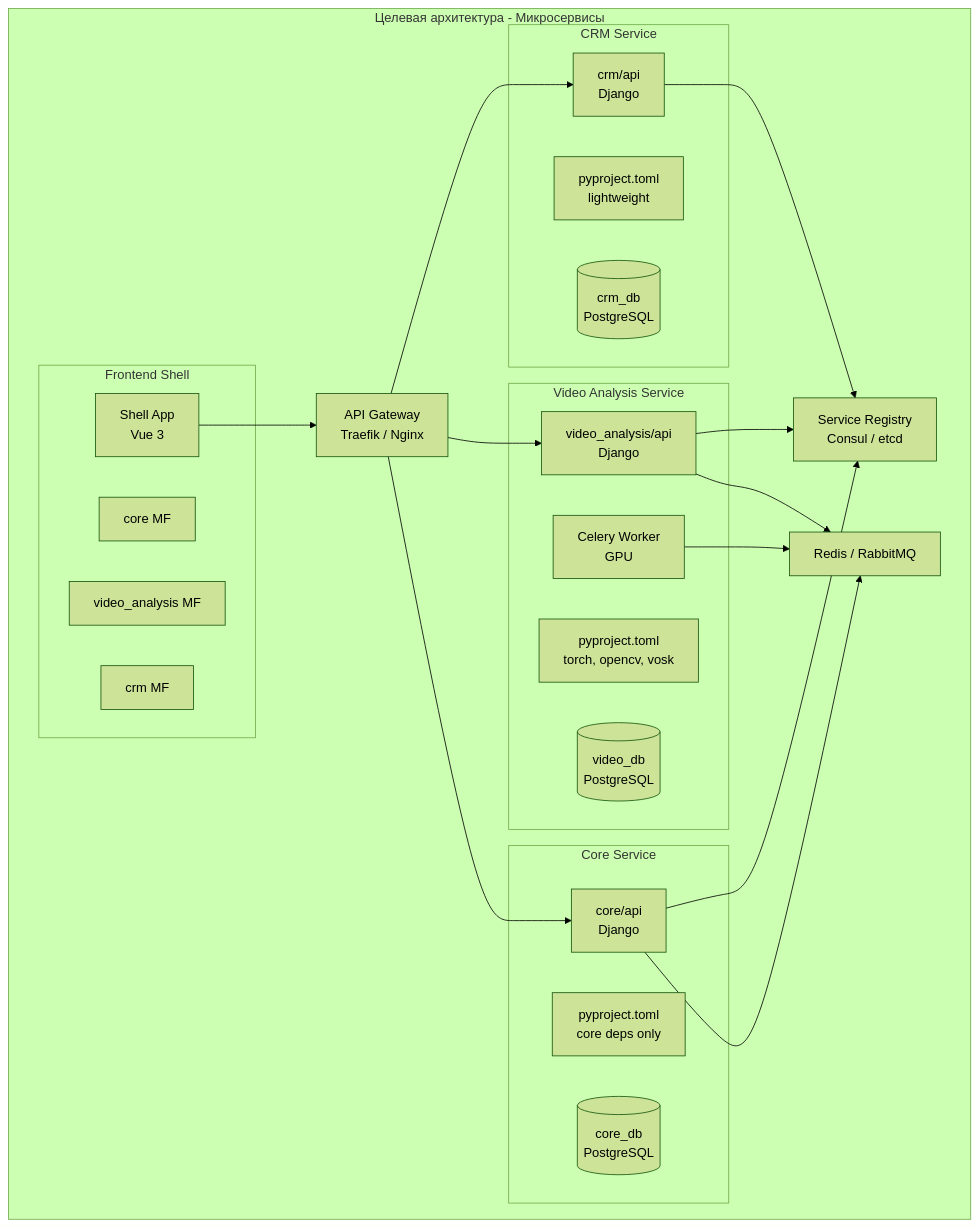
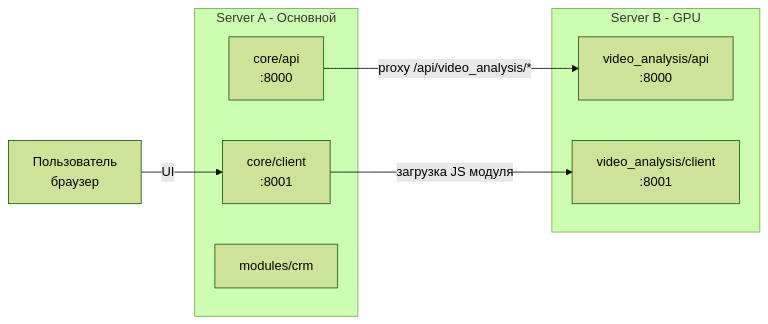
One commit to ergoms/ergo_ms_core changed the second of 2 diagrams in .cursor/plans/microservices_architecture_migration_52462c7c.plan.md. Above: the diagram before and after it, drawn with Mermaid (forest theme). The commit also changed other lines of this file, not shown here.

Commit message:
feat: обновление плана миграции архитектуры ERGO MS на микросервисы с акцентом на полную изоляцию модулей и удаление git submodules

````diff
--- a/.cursor/plans/microservices_architecture_migration_52462c7c.plan.md
+++ b/.cursor/plans/microservices_architecture_migration_52462c7c.plan.md
@@ -104,46 +509,19 @@
 ```mermaid
-graph TB
-  subgraph targetState [Целевая архитектура - Микросервисы]
-    gateway["API Gateway<br/>Traefik / Nginx"]
-    
-    subgraph coreService [Core Service]
-      coreApi["core/api<br/>Django"]
-      corePyproject["pyproject.toml<br/>core deps only"]
-      coreDB[("core_db<br/>PostgreSQL")]
-    end
-    
-    subgraph moduleService1 [Video Analysis Service]
-      vaApi["video_analysis/api<br/>Django"]
-      vaPyproject["pyproject.toml<br/>torch, opencv, vosk"]
-      vaDB[("video_db<br/>PostgreSQL")]
-      vaWorker["Celery Worker<br/>GPU"]
-    end
-    
-    subgraph moduleService2 [CRM Service]
-      crmApi["crm/api<br/>Django"]
-      crmPyproject["pyproject.toml<br/>lightweight"]
-      crmDB[("crm_db<br/>PostgreSQL")]
-    end
-    
-    subgraph frontendShell [Frontend Shell]
-      shell["Shell App<br/>Vue 3"]
-      mfCore["core MF"]
-      mfVA["video_analysis MF"]
-      mfCRM["crm MF"]
-    end
-    
-    broker["Redis / RabbitMQ"]
-    registry["Service Registry<br/>Consul / etcd"]
+graph LR
+  subgraph serverA [Server A - Основной]
+    coreApiA["core/api<br/>:8000"]
+    coreClientA["core/client<br/>:8001"]
+    crmA["modules/crm"]
   end
   
-  gateway --> coreApi
-  gateway --> vaApi
-  gateway --> crmApi
-  shell --> gateway
-  coreApi --> broker
-  vaApi --> broker
-  vaWorker --> broker
-  coreApi --> registry
-  vaApi --> registry
-  crmApi --> registry
+  subgraph serverB ["Server B - GPU"]
+    vaApi["video_analysis/api<br/>:8000"]
+    vaClient["video_analysis/client<br/>:8001"]
+  end
+  
+  user["Пользователь<br/>браузер"]
+  
+  user -->|"UI"| coreClientA
+  coreApiA -->|"proxy /api/video_analysis/*"| vaApi
+  coreClientA -->|"загрузка JS модуля"| vaClient
 ```
````
